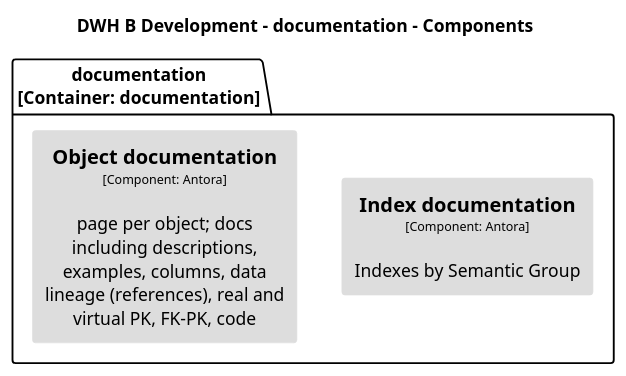
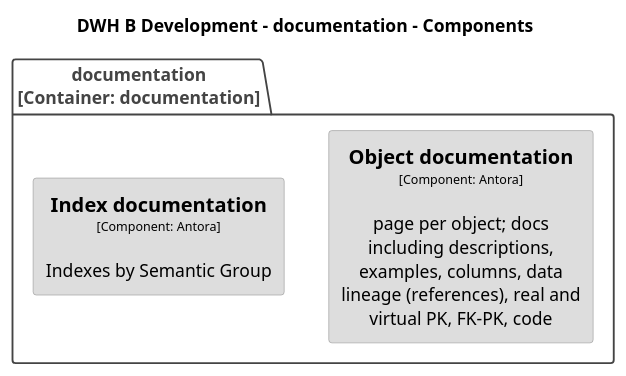
One commit to DataHandwerk/dhw-antora-docs changed the diagram in docs/modules/arc/partials/c4_dsl/puml/structurizr-DWHBDevelopment-documentation-Component.puml. Above: the diagram before and after it, drawn with PlantUML. The commit also changed 20 other files, not shown here.

Commit message:
update architecture a bit

```diff
--- a/docs/modules/arc/partials/c4_dsl/puml/structurizr-DWHBDevelopment-documentation-Component.puml
+++ b/docs/modules/arc/partials/c4_dsl/puml/structurizr-DWHBDevelopment-documentation-Component.puml
@@ -1,27 +1,35 @@
-@startuml(id=DWHBDevelopment-documentation-Component)
+@startuml
 title DWH B Development - documentation - Components
+
+top to bottom direction
 
 skinparam {
   shadowing false
   arrowFontSize 10
   defaultTextAlignment center
   wrapWidth 200
   maxMessageSize 100
 }
+
 hide stereotype
-top to bottom direction
-skinparam rectangle<<26>> {
+
+skinparam rectangle<<DWHBDevelopment.documentation.Indexdocumentation>> {
   BackgroundColor #dddddd
   FontColor #000000
-  BorderColor #dddddd
+  BorderColor #9a9a9a
 }
-skinparam rectangle<<27>> {
+skinparam rectangle<<DWHBDevelopment.documentation.Objectdocumentation>> {
   BackgroundColor #dddddd
   FontColor #000000
-  BorderColor #dddddd
+  BorderColor #9a9a9a
 }
-package "documentation\n[Container: documentation]" {
-  rectangle "==Index documentation\n<size:10>[Component: Antora]</size>\n\nIndexes by Semantic Group" <<27>> as 27
-  rectangle "==Object documentation\n<size:10>[Component: Antora]</size>\n\npage per object; docs including descriptions, examples, columns, data lineage (references), real and virtual PK, FK-PK, code" <<26>> as 26
+
+package "documentation\n[Container: documentation]" <<DWHBDevelopment.documentation>> {
+  skinparam PackageBorderColor<<DWHBDevelopment.documentation>> #444444
+  skinparam PackageFontColor<<DWHBDevelopment.documentation>> #444444
+
+  rectangle "==Object documentation\n<size:10>[Component: Antora]</size>\n\npage per object; docs including descriptions, examples, columns, data lineage (references), real and virtual PK, FK-PK, code" <<DWHBDevelopment.documentation.Objectdocumentation>> as DWHBDevelopment.documentation.Objectdocumentation
+  rectangle "==Index documentation\n<size:10>[Component: Antora]</size>\n\nIndexes by Semantic Group" <<DWHBDevelopment.documentation.Indexdocumentation>> as DWHBDevelopment.documentation.Indexdocumentation
 }
+
 @enduml
```
